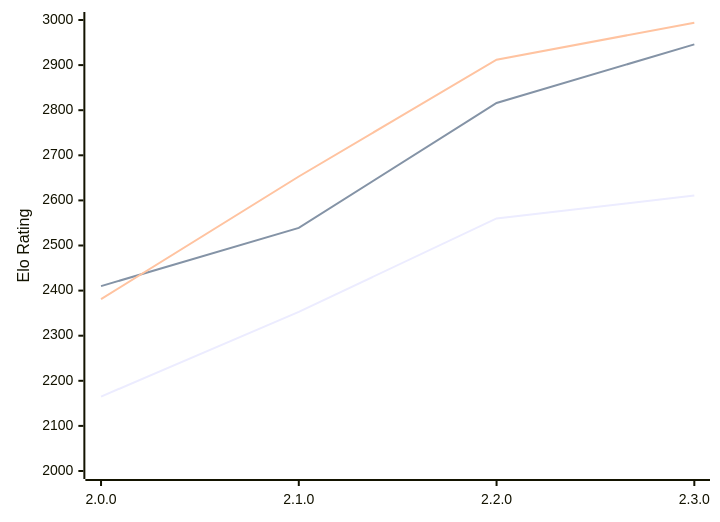
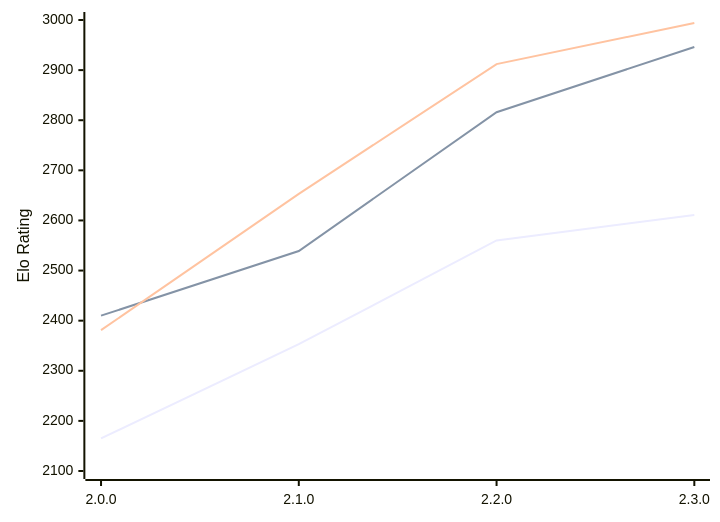
Before and after one commit to computer-chess-index/cci: the diagram in engines/Raphael.md, drawn with Mermaid. The commit also changed other lines of this file, not shown here.

Commit message:
Update CCI Ratings (ELO VLTC) - 2026-02-10

````diff
--- a/engines/Raphael.md
+++ b/engines/Raphael.md
@@ -43,9 +43,9 @@
 ```mermaid
 %%{init: {"theme":"base","themeVariables":{"seriesColors:['#a3a3a3','#222221','#faa371']}}}%%
 xychart-beta
   x-axis ["2.0.0", "2.1.0", "2.2.0", "2.3.0"]
-  y-axis "Elo Rating" 2000 --> 3000
+  y-axis "Elo Rating" 2100 --> 3000
   line "STC (8.0+0.08s)" [2165, 2353, 2560, 2611]
   line "LTC (60.0+0.60s)" [2410, 2539, 2816, 2946]
   line "VLTC (2m24s+1.12s)" [2381, 2653, 2912, 2994]
 ```
````
